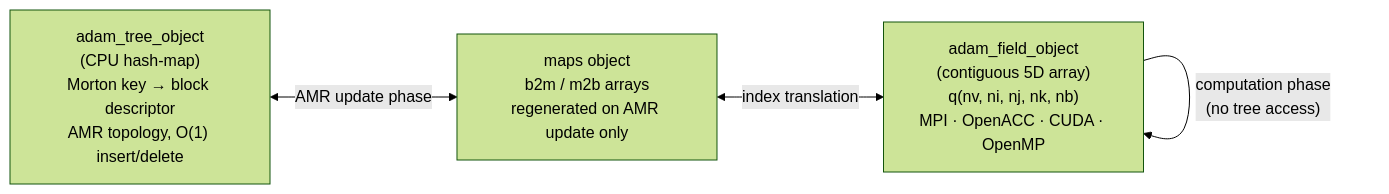
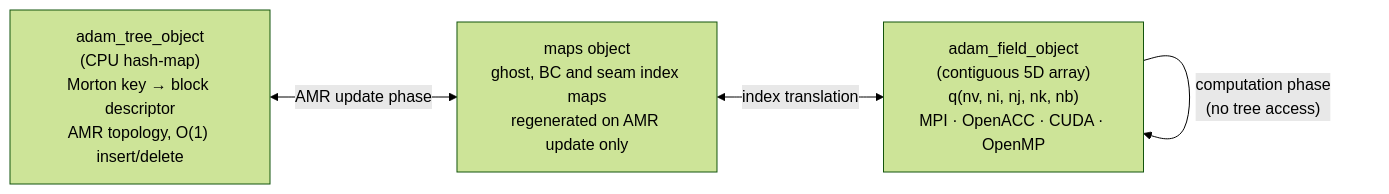
One commit to szaghi/adam changed the second of 2 diagrams in docs/guide/architecture.md. Above: the diagram before and after it, drawn with Mermaid (forest theme). The commit also changed other lines of this file and 23 other files, not shown here.

````diff
--- a/docs/guide/architecture.md
+++ b/docs/guide/architecture.md
@@ -205,9 +203,9 @@
 ```mermaid
 graph LR
     T["adam_tree_object<br/>(CPU hash-map)<br/>Morton key → block descriptor<br/>AMR topology, O(1) insert/delete"]
-    M["maps object<br/>b2m / m2b arrays<br/>regenerated on AMR update only"]
+    M["maps object<br/>ghost, BC and seam index maps<br/>regenerated on AMR update only"]
     F["adam_field_object<br/>(contiguous 5D array)<br/>q(nv, ni, nj, nk, nb)<br/>MPI · OpenACC · CUDA · OpenMP"]
     T <-->|"AMR update phase"| M
     M <-->|"index translation"| F
     F -->|"computation phase<br/>(no tree access)"| F
 ```
````
